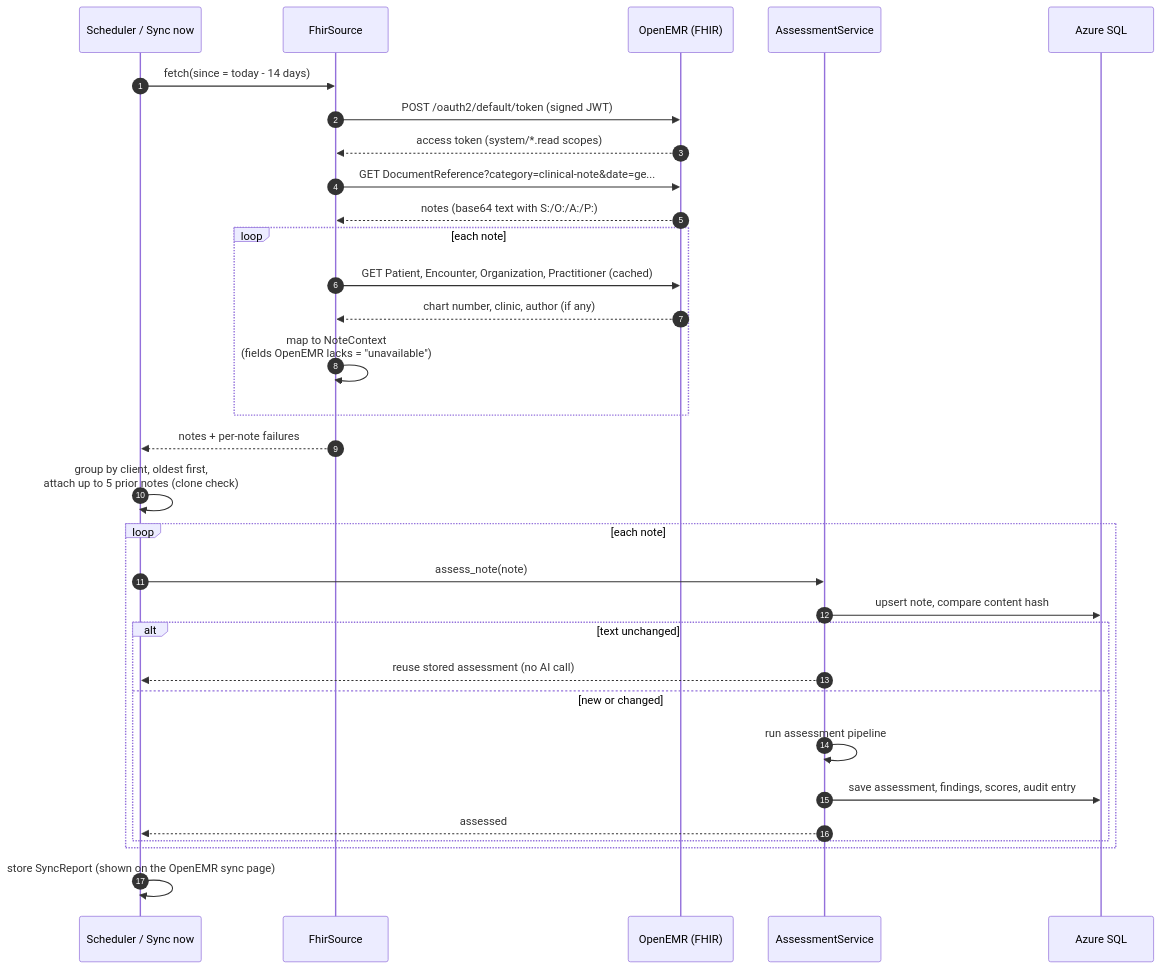
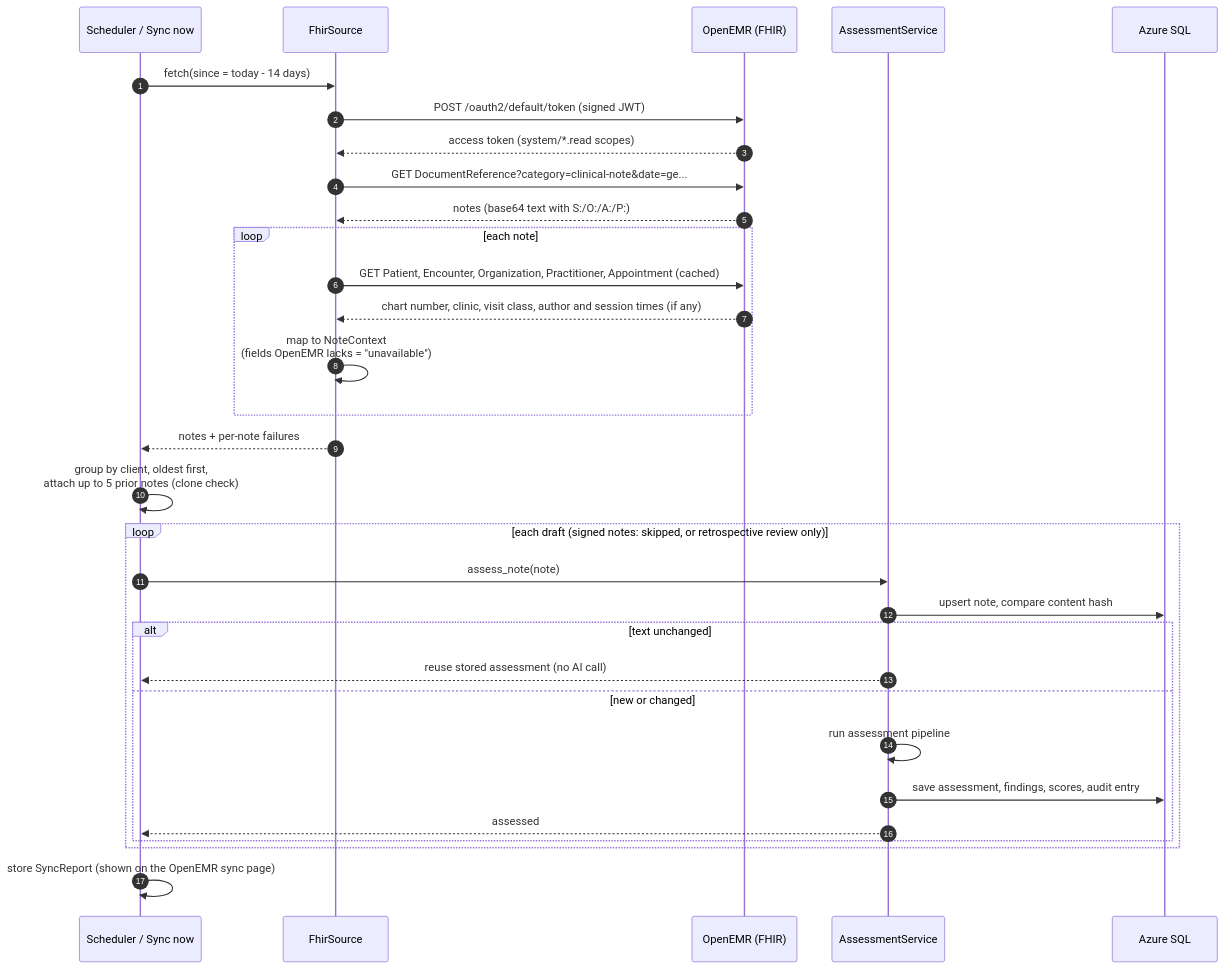
The third of 7 diagrams in docs/ARCHITECTURE.md (rajadurai-neu/NeuraTetra), drawn with Mermaid before and after one commit. The commit also changed other lines of this file and 9 other files, not shown here.

First line of the commit message:
Close CNAT-side A1 gaps: drafts only, retro review, live re-assess, times, modality

````diff
--- a/docs/ARCHITECTURE.md
+++ b/docs/ARCHITECTURE.md
@@ -129,34 +129,34 @@
 ```mermaid
 sequenceDiagram
     autonumber
     participant S as Scheduler / Sync now
     participant Src as FhirSource
     participant O as OpenEMR (FHIR)
     participant Svc as AssessmentService
     participant DB as Azure SQL
 
     S->>Src: fetch(since = today - 14 days)
     Src->>O: POST /oauth2/default/token (signed JWT)
     O-->>Src: access token (system/*.read scopes)
     Src->>O: GET DocumentReference?category=clinical-note&date=ge...
     O-->>Src: notes (base64 text with S:/O:/A:/P:)
     loop each note
-        Src->>O: GET Patient, Encounter, Organization, Practitioner (cached)
-        O-->>Src: chart number, clinic, author (if any)
+        Src->>O: GET Patient, Encounter, Organization, Practitioner, Appointment (cached)
+        O-->>Src: chart number, clinic, visit class, author and session times (if any)
         Src->>Src: map to NoteContext<br/>(fields OpenEMR lacks = "unavailable")
     end
     Src-->>S: notes + per-note failures
     S->>S: group by client, oldest first,<br/>attach up to 5 prior notes (clone check)
-    loop each note
+    loop each draft (signed notes: skipped, or retrospective review only)
         S->>Svc: assess_note(note)
         Svc->>DB: upsert note, compare content hash
         alt text unchanged
             Svc-->>S: reuse stored assessment (no AI call)
         else new or changed
             Svc->>Svc: run assessment pipeline
             Svc->>DB: save assessment, findings, scores, audit entry
             Svc-->>S: assessed
         end
     end
     S->>S: store SyncReport (shown on the OpenEMR sync page)
 ```
````
